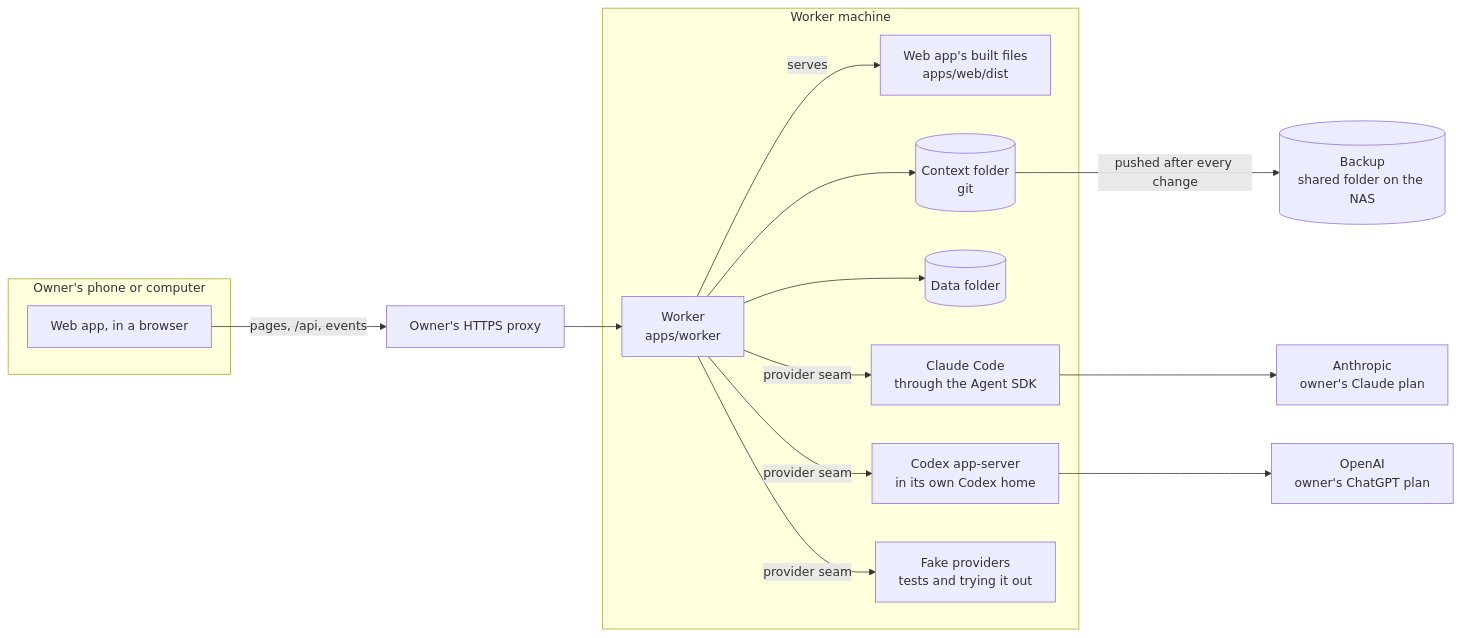
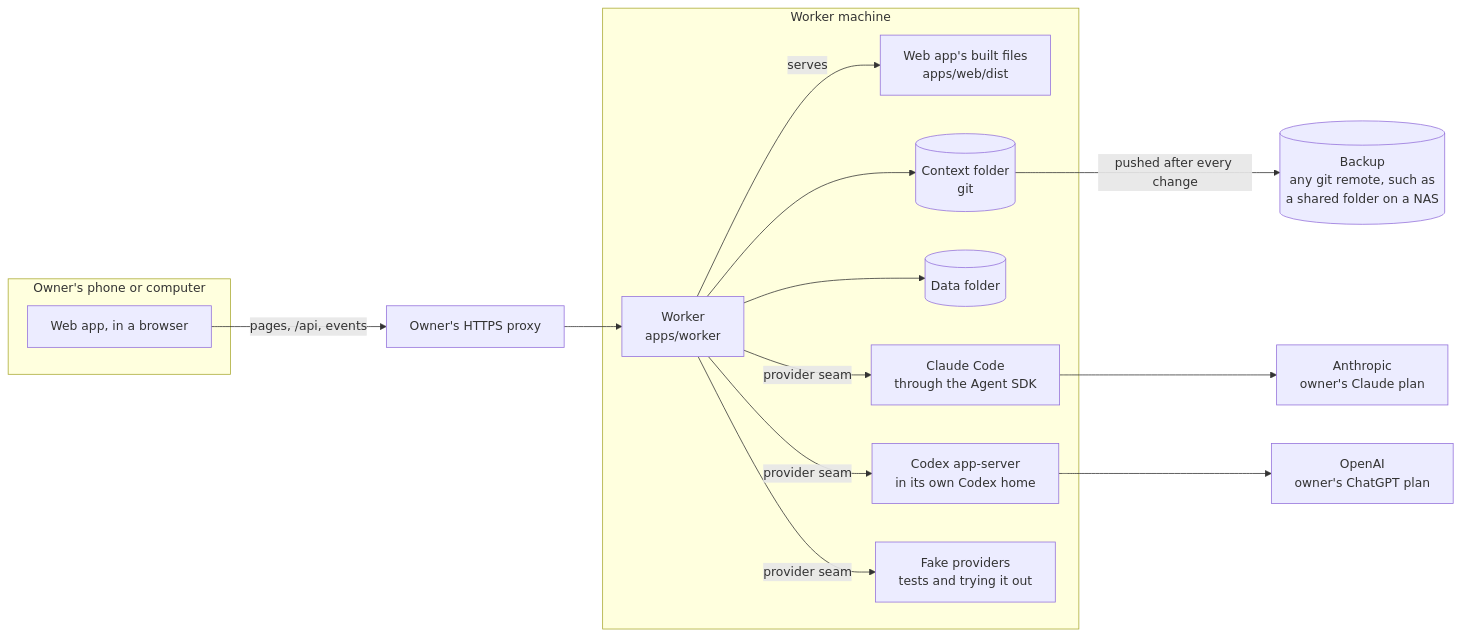
Before and after one commit to KallendJack/courtyard: the first of 2 diagrams in docs/architecture.md, drawn with Mermaid. The commit also changed other lines of this file and 1 other file, not shown here.

First line of the commit message:
Review fixes for the architecture map

````diff
--- a/docs/architecture.md
+++ b/docs/architecture.md
@@ -17,28 +17,28 @@
 ```mermaid
 flowchart LR
   subgraph device["Owner's phone or computer"]
     browser["Web app, in a browser"]
   end
   proxy["Owner's HTTPS proxy"]
   subgraph machine["Worker machine"]
     worker["Worker<br/>apps/worker"]
     built["Web app's built files<br/>apps/web/dist"]
     context[("Context folder<br/>git")]
     data[("Data folder")]
     claude["Claude Code<br/>through the Agent SDK"]
     codex["Codex app-server<br/>in its own Codex home"]
     fake["Fake providers<br/>tests and trying it out"]
   end
-  nas[("Backup<br/>shared folder on the NAS")]
+  backup[("Backup<br/>any git remote, such as<br/>a shared folder on a NAS")]
   anthropic["Anthropic<br/>owner's Claude plan"]
   openai["OpenAI<br/>owner's ChatGPT plan"]
 
   browser -- "pages, /api, events" --> proxy --> worker
   worker -- serves --> built
   worker --> context
   worker --> data
   worker -- "provider seam" --> claude & codex & fake
-  context -- "pushed after every change" --> nas
+  context -- "pushed after every change" --> backup
   claude --> anthropic
   codex --> openai
 ```
````
